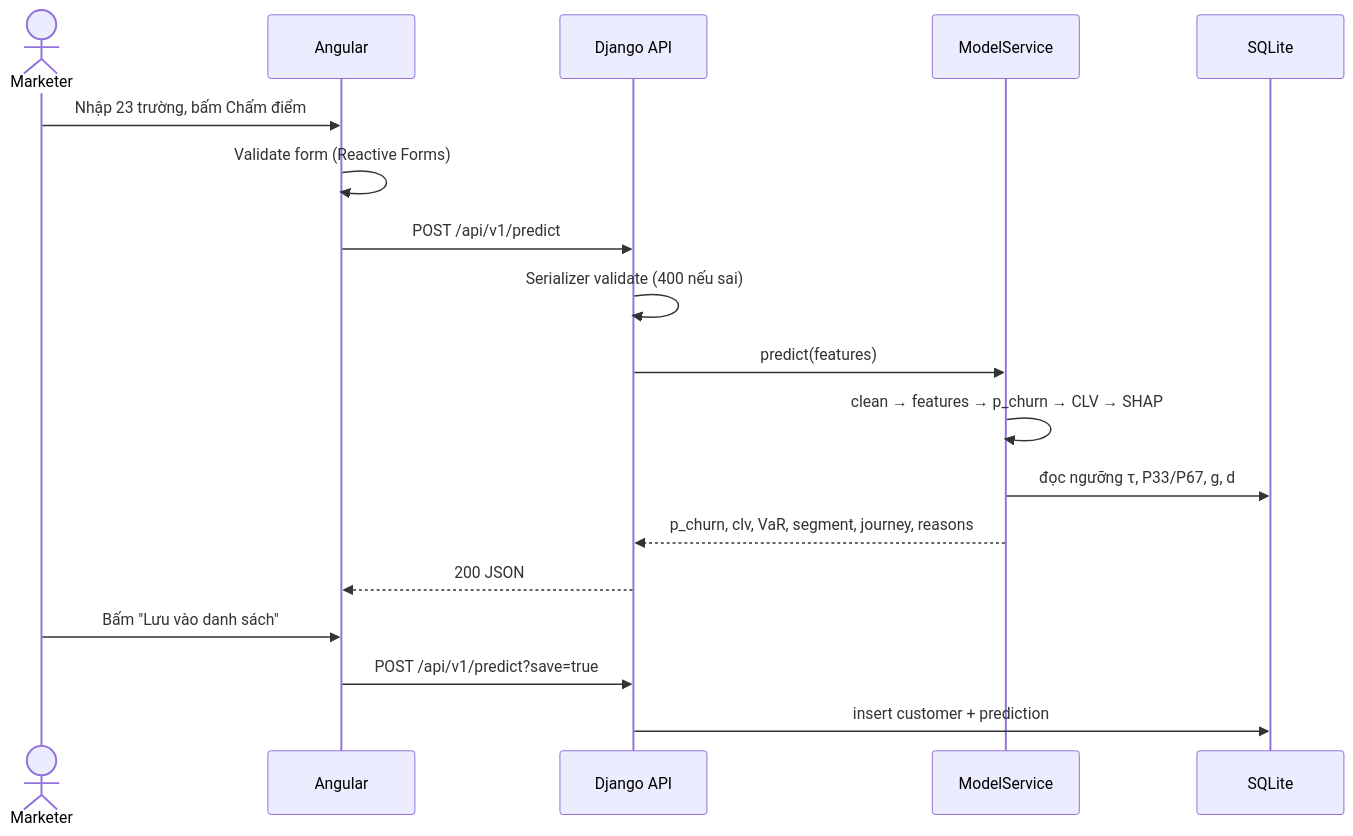
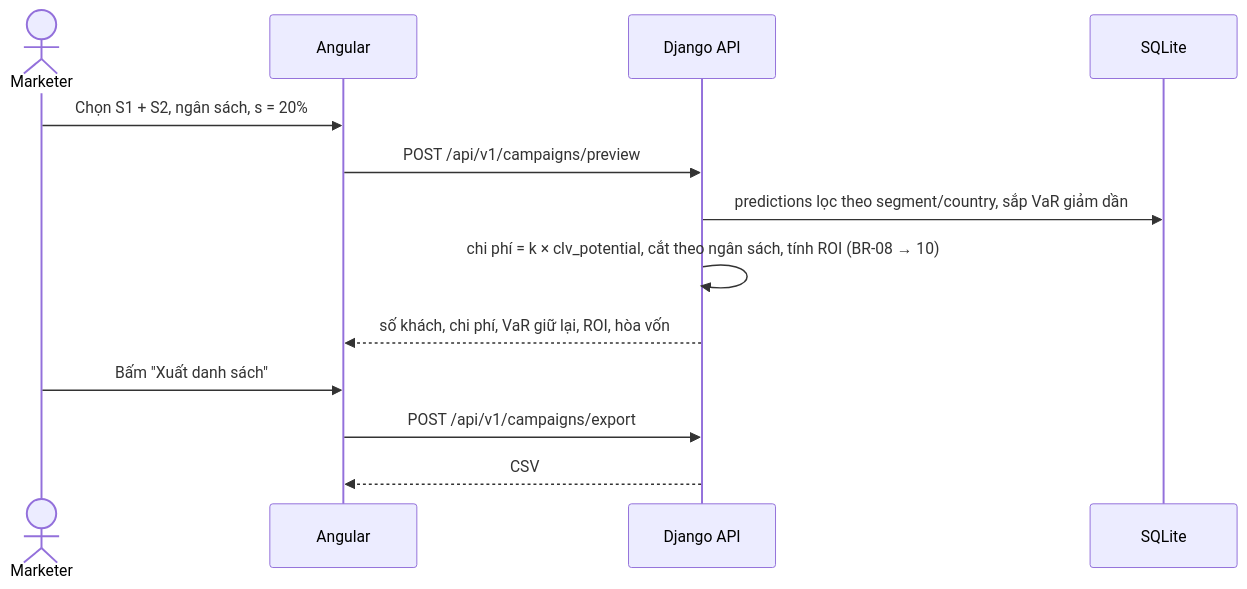
Before and after one commit to Khoailat2808/machine_learning_project: the second of 3 diagrams in docs/03-architecture.md, drawn with Mermaid. The commit also changed other lines of this file and 30 other files, not shown here.

````diff
--- a/docs/03-architecture.md
+++ b/docs/03-architecture.md
@@ -46,20 +45,15 @@
 ```mermaid
 sequenceDiagram
     actor U as Marketer
     participant FE as Angular
     participant API as Django API
-    participant MS as ModelService
     participant DB as SQLite
-    U->>FE: Nhập 23 trường, bấm Chấm điểm
-    FE->>FE: Validate form (Reactive Forms)
-    FE->>API: POST /api/v1/predict
-    API->>API: Serializer validate (400 nếu sai)
-    API->>MS: predict(features)
-    MS->>MS: clean → features → p_churn → CLV → SHAP
-    MS->>DB: đọc ngưỡng τ, P33/P67, g, d
-    MS-->>API: p_churn, clv, VaR, segment, journey, reasons
-    API-->>FE: 200 JSON
-    U->>FE: Bấm "Lưu vào danh sách"
-    FE->>API: POST /api/v1/predict?save=true
-    API->>DB: insert customer + prediction
+    U->>FE: Chọn S1 + S2, ngân sách, s = 20%
+    FE->>API: POST /api/v1/campaigns/preview
+    API->>DB: predictions lọc theo segment/country, sắp VaR giảm dần
+    API->>API: chi phí = k × clv_potential, cắt theo ngân sách, tính ROI (BR-08 → 10)
+    API-->>FE: số khách, chi phí, VaR giữ lại, ROI, hòa vốn
+    U->>FE: Bấm "Xuất danh sách"
+    FE->>API: POST /api/v1/campaigns/export
+    API-->>FE: CSV
 ```
````
